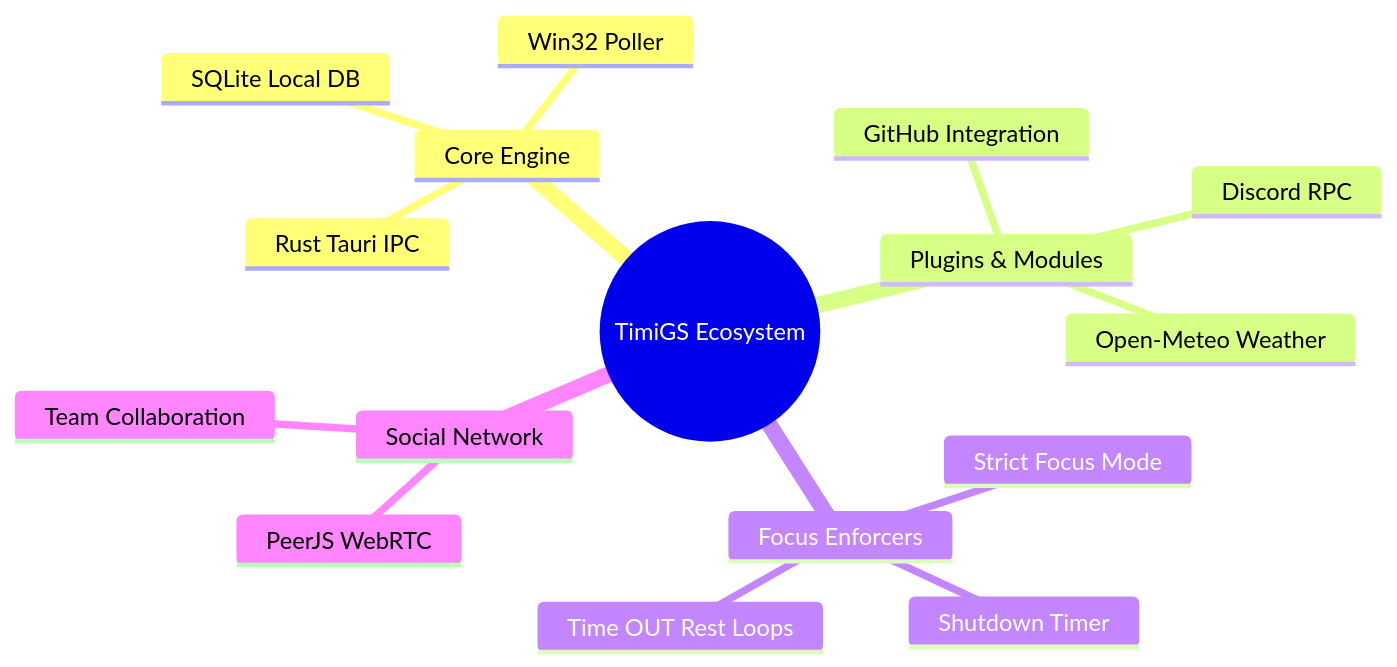
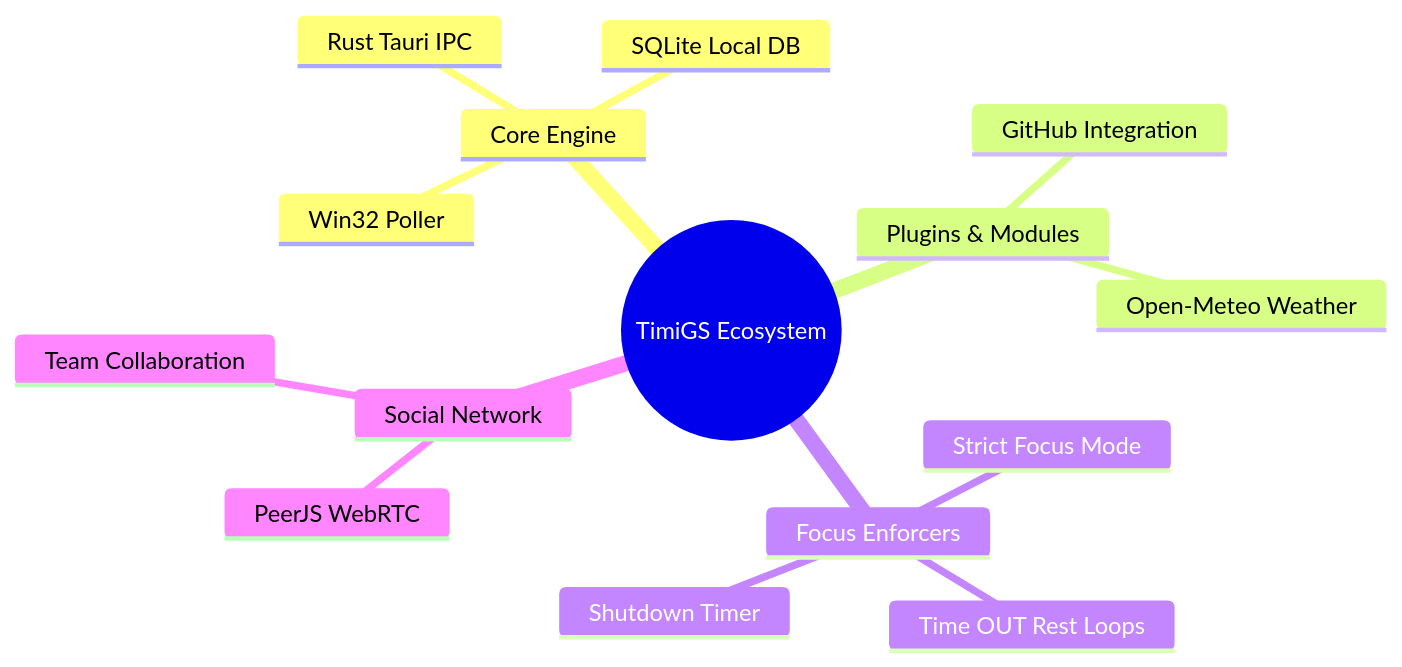
The diagram in site/public/docx/1.md (BANSAFAn/timiGS-), drawn with Mermaid before and after one commit. The commit also changed 27 other files, not shown here.

````diff
--- a/site/public/docx/1.md
+++ b/site/public/docx/1.md
@@ -19,19 +19,18 @@
 ```mermaid
 mindmap
   root((TimiGS Ecosystem))
     Core Engine
       Rust Tauri IPC
       SQLite Local DB
       Win32 Poller
     Plugins & Modules
       GitHub Integration
       Open-Meteo Weather
-      Discord RPC
     Focus Enforcers
       Time OUT Rest Loops
       Strict Focus Mode
       Shutdown Timer
     Social Network
       PeerJS WebRTC
       Team Collaboration
 ```
````
